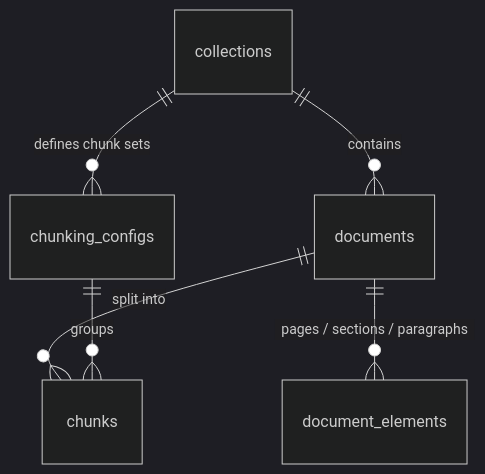
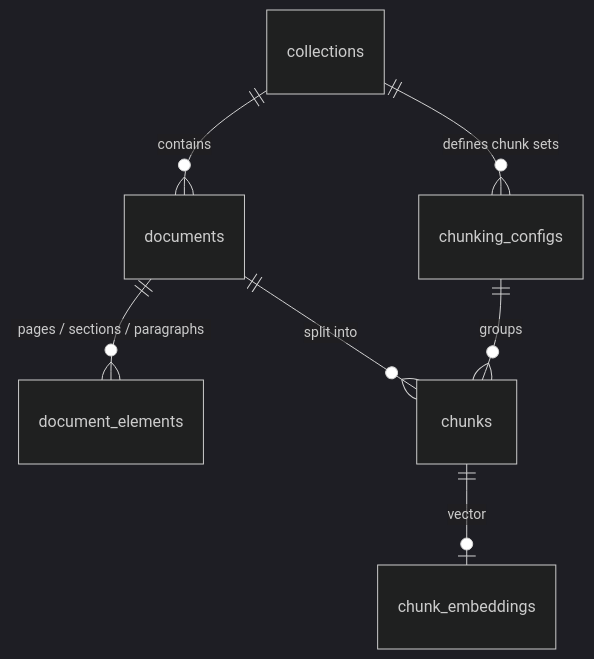
One commit to lutian/RAG-Benchmark-Lab changed the diagram in docs/en/adapters.md. Above: the diagram before and after it, drawn with Mermaid (dark theme). The commit also changed other lines of this file and 16 other files, not shown here.

````diff
--- a/docs/en/adapters.md
+++ b/docs/en/adapters.md
@@ -42,8 +60,9 @@
 ```mermaid
 erDiagram
     collections ||--o{ chunking_configs : "defines chunk sets"
     collections ||--o{ documents : contains
     documents ||--o{ document_elements : "pages / sections / paragraphs"
     documents ||--o{ chunks : "split into"
     chunking_configs ||--o{ chunks : "groups"
+    chunks ||--o| chunk_embeddings : "vector"
 ```
````
